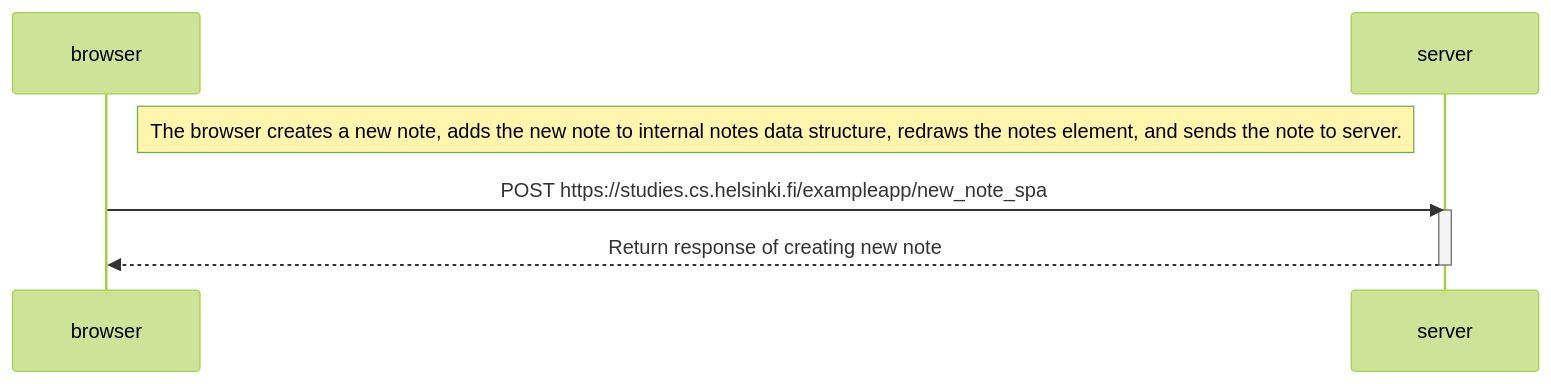
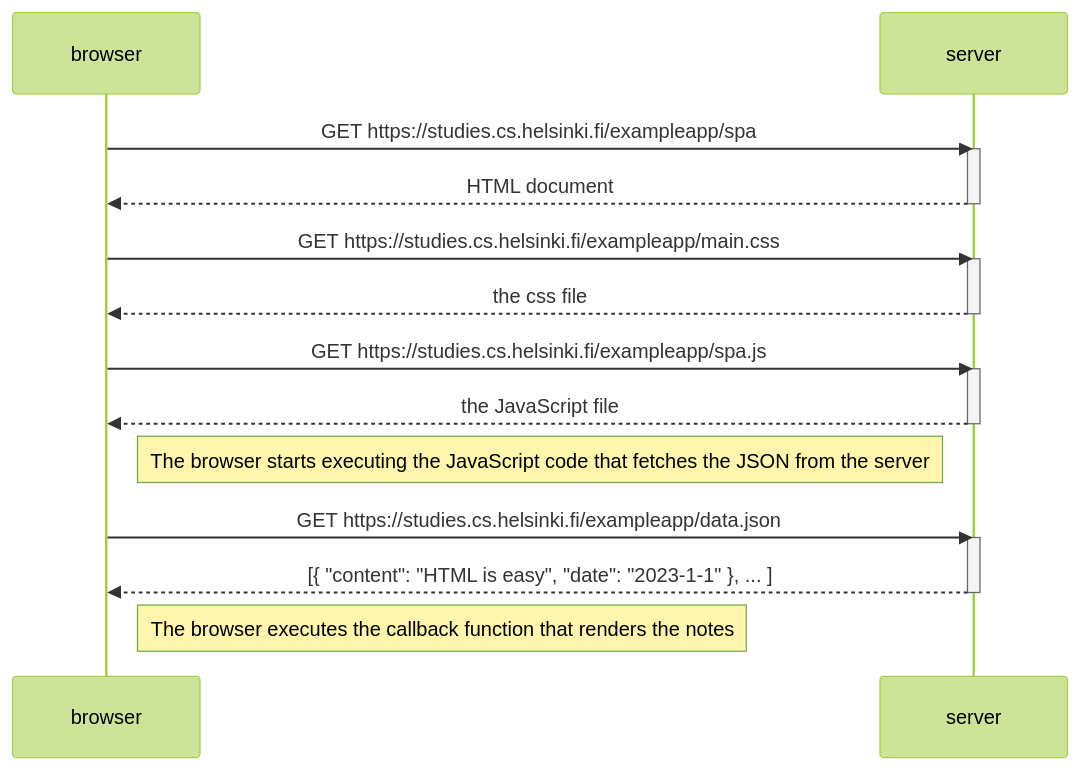
One commit to eekaiboon/fullstackopen changed the diagram in part_0/single_page_app_diagram/diagram.md. Above: the diagram before and after it, drawn with Mermaid (forest theme). The commit also changed 1 other file, not shown here.

Commit message:
New note in single page app diagram

````diff
--- a/part_0/single_page_app_diagram/diagram.md
+++ b/part_0/single_page_app_diagram/diagram.md
@@ -3,12 +3,29 @@
 ```mermaid
 sequenceDiagram
     participant browser
     participant server
 
-    Note right of browser: The browser creates a new note, adds the new note to internal notes data structure,  redraws the notes element, and sends the note to server.
+    browser->>server: GET https://studies.cs.helsinki.fi/exampleapp/spa
+    activate server
+    server-->>browser: HTML document
+    deactivate server
 
-    browser->>server: POST https://studies.cs.helsinki.fi/exampleapp/new_note_spa
+    browser->>server: GET https://studies.cs.helsinki.fi/exampleapp/main.css
     activate server
-    server-->>browser: Return response of creating new note
+    server-->>browser: the css file
     deactivate server
+
+    browser->>server: GET https://studies.cs.helsinki.fi/exampleapp/spa.js
+    activate server
+    server-->>browser: the JavaScript file
+    deactivate server
+
+    Note right of browser: The browser starts executing the JavaScript code that fetches the JSON from the server
+
+    browser->>server: GET https://studies.cs.helsinki.fi/exampleapp/data.json
+    activate server
+    server-->>browser: [{ "content": "HTML is easy", "date": "2023-1-1" }, ... ]
+    deactivate server
+
+    Note right of browser: The browser executes the callback function that renders the notes
 ```
````
